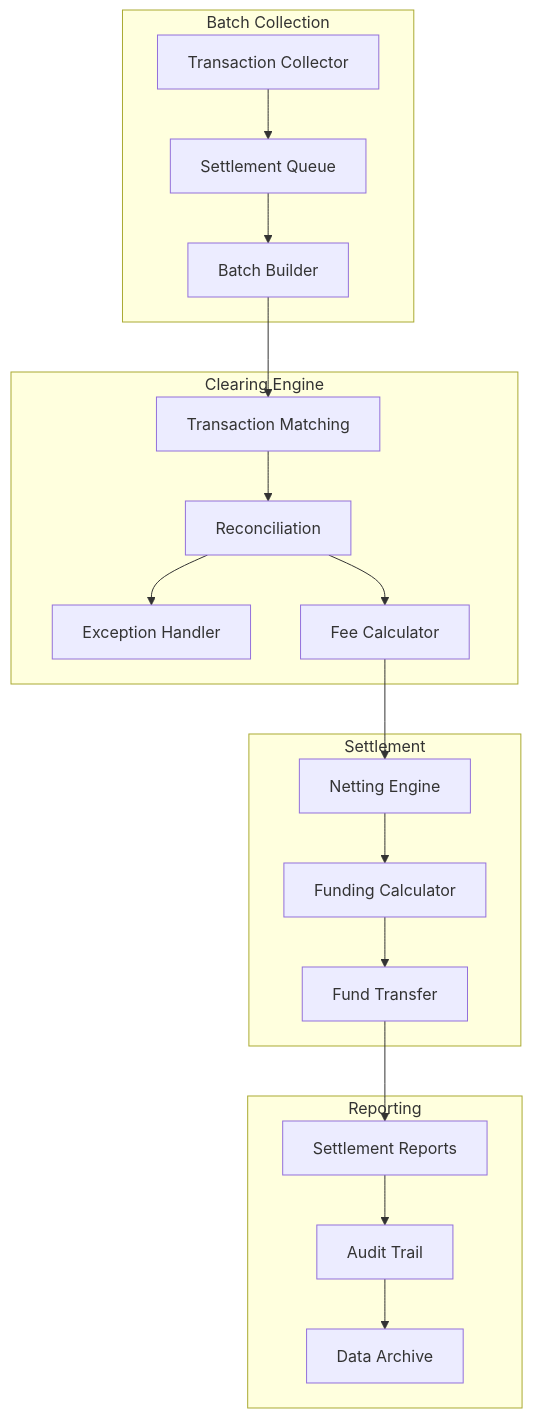
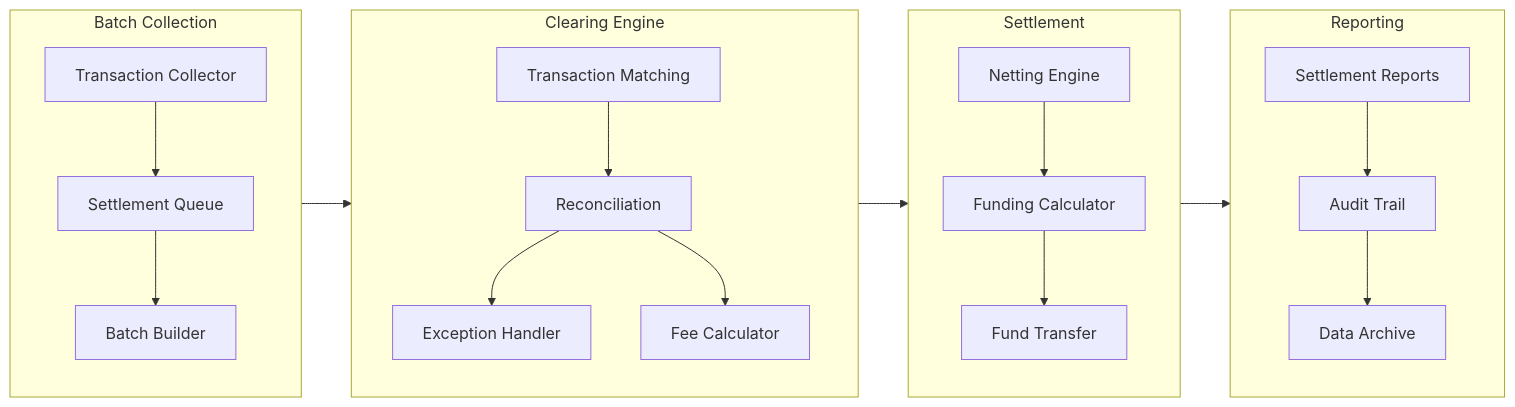
The fifth of 20 diagrams in architecture-general/09-industry-specialized-architectures/9.1.1-financial-services-architecture/9.1.1.1-credit-card-transaction-system-architecture.md (gurkanindibay/azure_learning), drawn with Mermaid before and after one commit. The commit also changed other lines of this file, not shown here.

Commit message:
Enhance Credit Card Transaction System architecture documentation with detailed Clearing and Settlement processes

````diff
--- a/architecture-general/09-industry-specialized-architectures/9.1.1-financial-services-architecture/9.1.1.1-credit-card-transaction-system-architecture.md
+++ b/architecture-general/09-industry-specialized-architectures/9.1.1-financial-services-architecture/9.1.1.1-credit-card-transaction-system-architecture.md
@@ -284,43 +290,47 @@
 ```mermaid
-flowchart TB
+flowchart LR
     subgraph "Batch Collection"
+        direction TB
         COLLECT[Transaction Collector]
         QUEUE[Settlement Queue]
         BATCH[Batch Builder]
     end
     
     subgraph "Clearing Engine"
+        direction TB
         MATCH[Transaction Matching]
         RECON[Reconciliation]
         EXCEPT[Exception Handler]
         FEE[Fee Calculator]
     end
     
     subgraph "Settlement"
+        direction TB
         NET[Netting Engine]
         FUND[Funding Calculator]
         TRANSFER[Fund Transfer]
     end
     
     subgraph "Reporting"
+        direction TB
         REPORT[Settlement Reports]
         AUDIT[Audit Trail]
         ARCHIVE[Data Archive]
     end
     
     COLLECT --> QUEUE
     QUEUE --> BATCH
     
     BATCH --> MATCH
     MATCH --> RECON
     RECON --> EXCEPT
     RECON --> FEE
     
     FEE --> NET
     NET --> FUND
     FUND --> TRANSFER
     
     TRANSFER --> REPORT
     REPORT --> AUDIT
     AUDIT --> ARCHIVE
 ```
````
